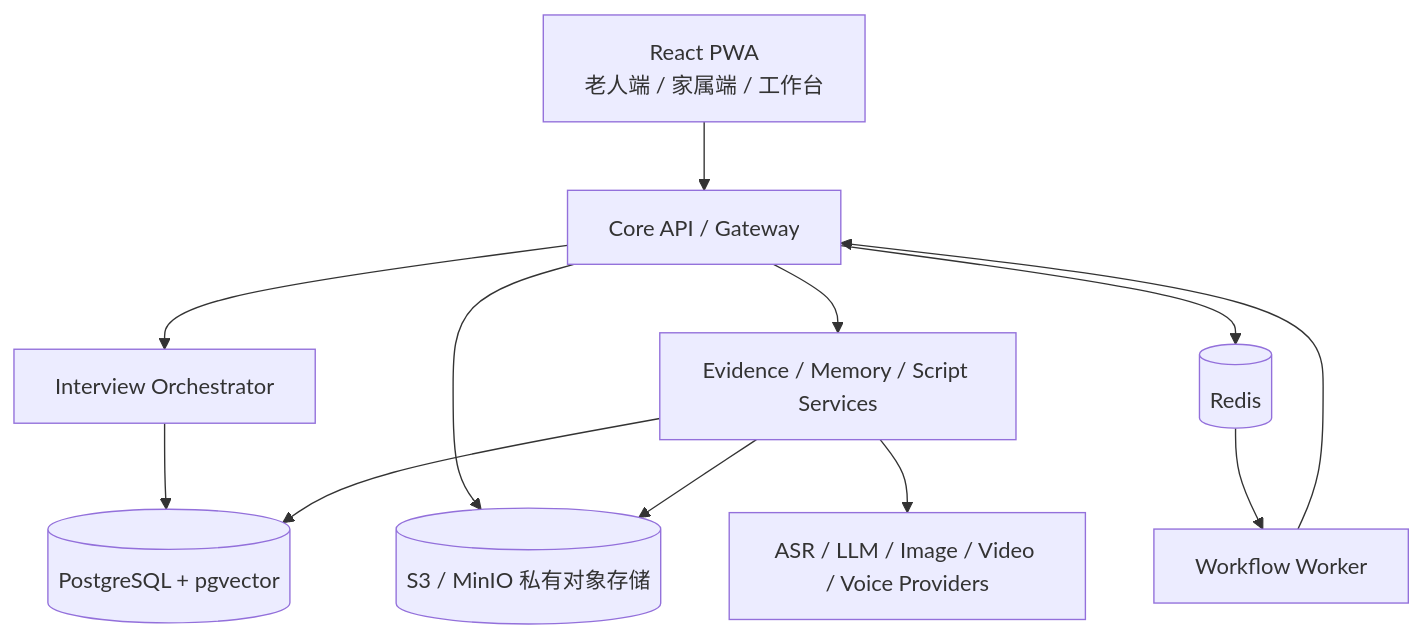
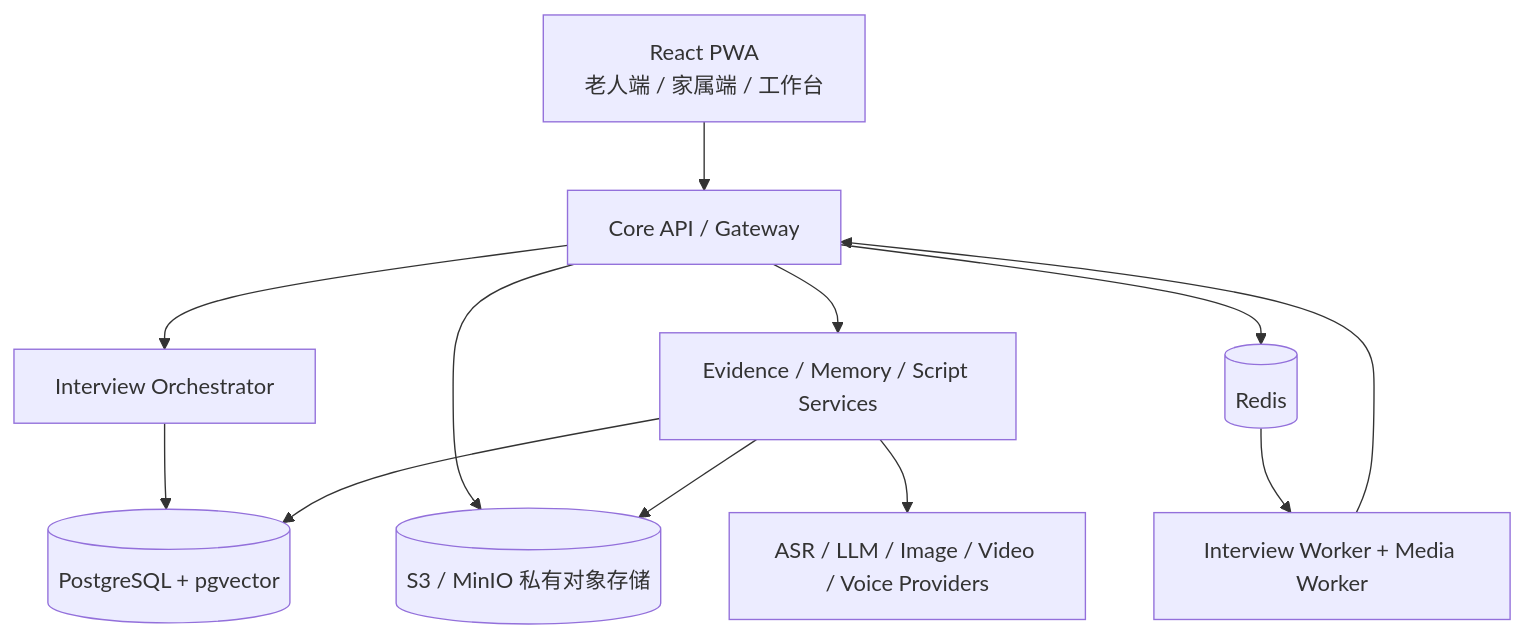
Before and after one commit to yuyuyu501/LifeReel-Biography: the first of 2 diagrams in docs/architecture.md, drawn with Mermaid. The commit also changed other lines of this file and 20 other files, not shown here.

````diff
--- a/docs/architecture.md
+++ b/docs/architecture.md
@@ -7,24 +7,24 @@
 ```mermaid
 flowchart TB
     WEB[React PWA\n老人端 / 家属端 / 工作台]
     API[Core API / Gateway]
     ORCHESTRATOR[Interview Orchestrator]
     SERVICES[Evidence / Memory / Script Services]
-    WORKER[Workflow Worker]
+    WORKER[Interview Worker + Media Worker]
     PG[(PostgreSQL + pgvector)]
     REDIS[(Redis)]
     S3[(S3 / MinIO 私有对象存储)]
     PROVIDERS[ASR / LLM / Image / Video / Voice Providers]
 
     WEB --> API
     API --> ORCHESTRATOR
     API --> SERVICES
     ORCHESTRATOR --> PG
     SERVICES --> PG
     API --> S3
     API --> REDIS
     REDIS --> WORKER
     WORKER --> API
     SERVICES --> S3
     SERVICES --> PROVIDERS
 ```
````
